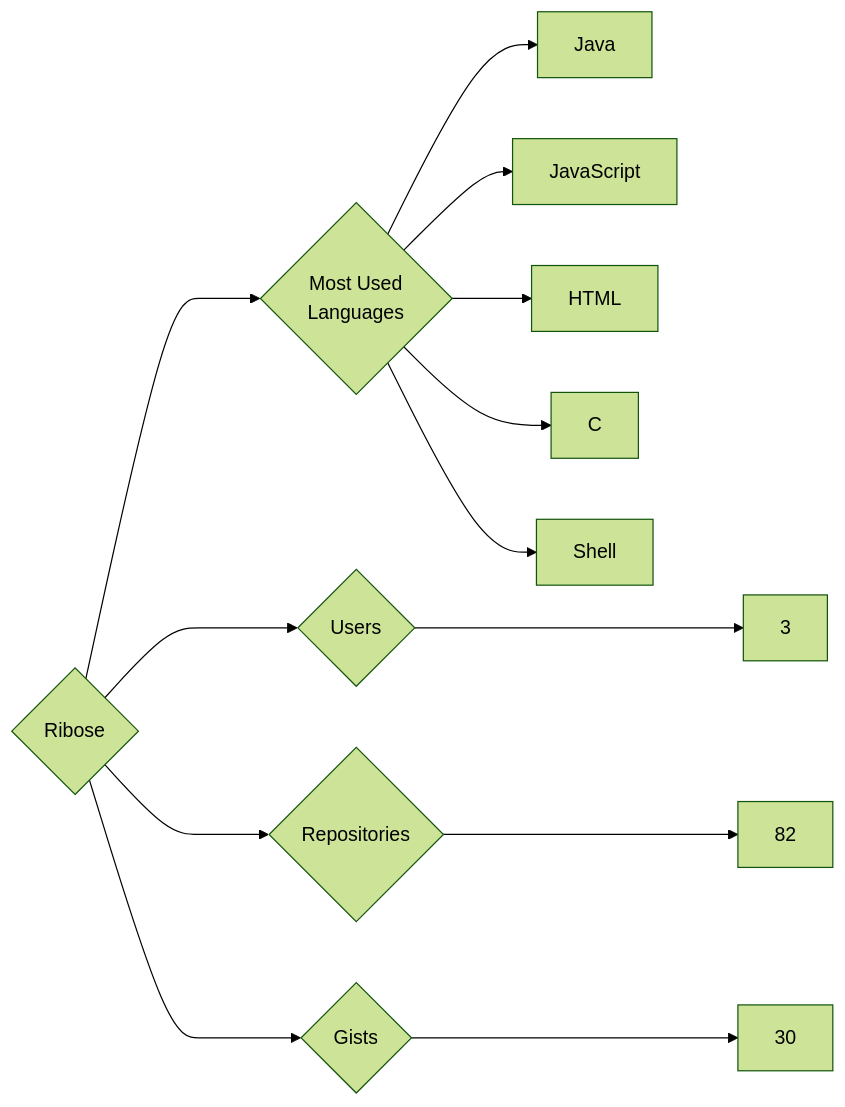
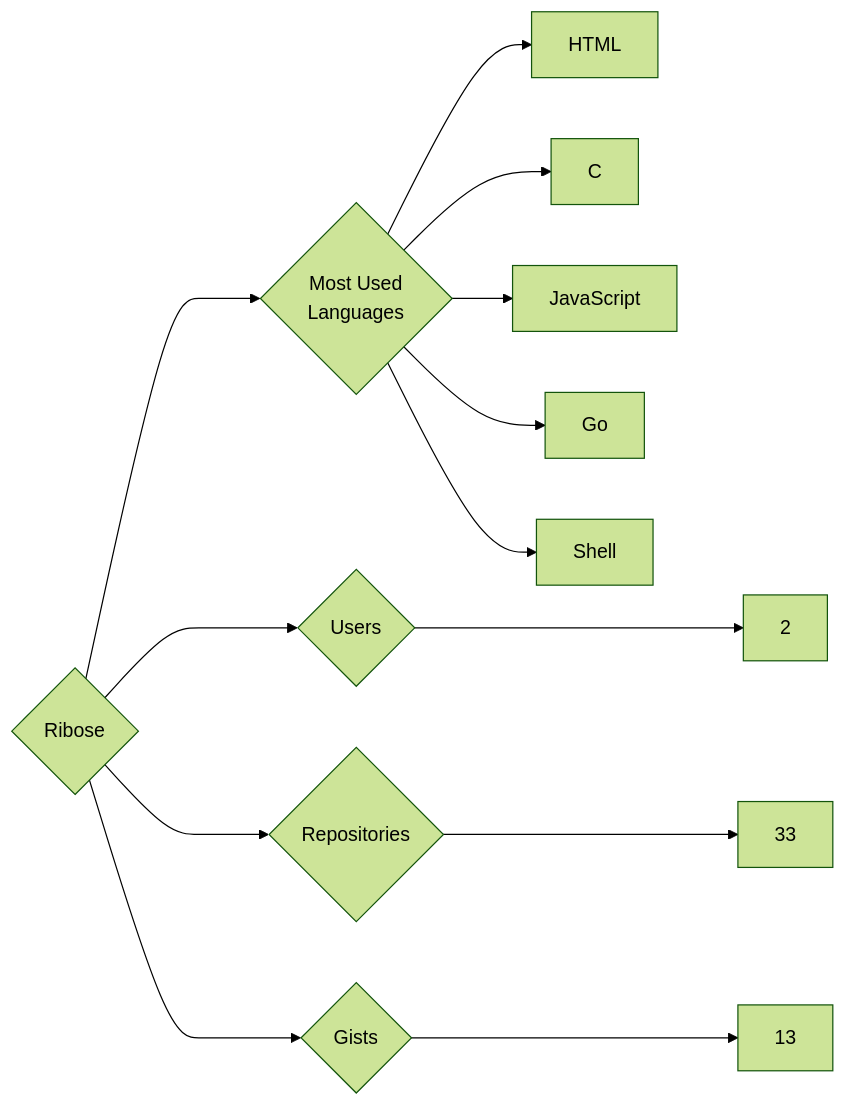
Before and after one commit to trickest/insiders: the diagram in targets/Ribose/README.md, drawn with Mermaid (forest theme). The commit also changed 964 other files, not shown here.

````diff
--- a/targets/Ribose/README.md
+++ b/targets/Ribose/README.md
@@ -3,13 +3,13 @@
 ```mermaid
 graph LR
 COMPANY_NAME{Ribose}
-COMPANY_NAME ---> U{Users} ---> UN[3]
-COMPANY_NAME ---> R{Repositories} ---> RN[82]
-COMPANY_NAME ---> G{Gists} ---> GN[30]
+COMPANY_NAME ---> U{Users} ---> UN[2]
+COMPANY_NAME ---> R{Repositories} ---> RN[33]
+COMPANY_NAME ---> G{Gists} ---> GN[13]
 COMPANY_NAME ---> ML{Most Used<br>Languages}
-ML --> Java[Java]
-ML --> JavaScript[JavaScript]
 ML --> HTML[HTML]
 ML --> C[C]
+ML --> JavaScript[JavaScript]
+ML --> Go[Go]
 ML --> Shell[Shell]
 ```
````
